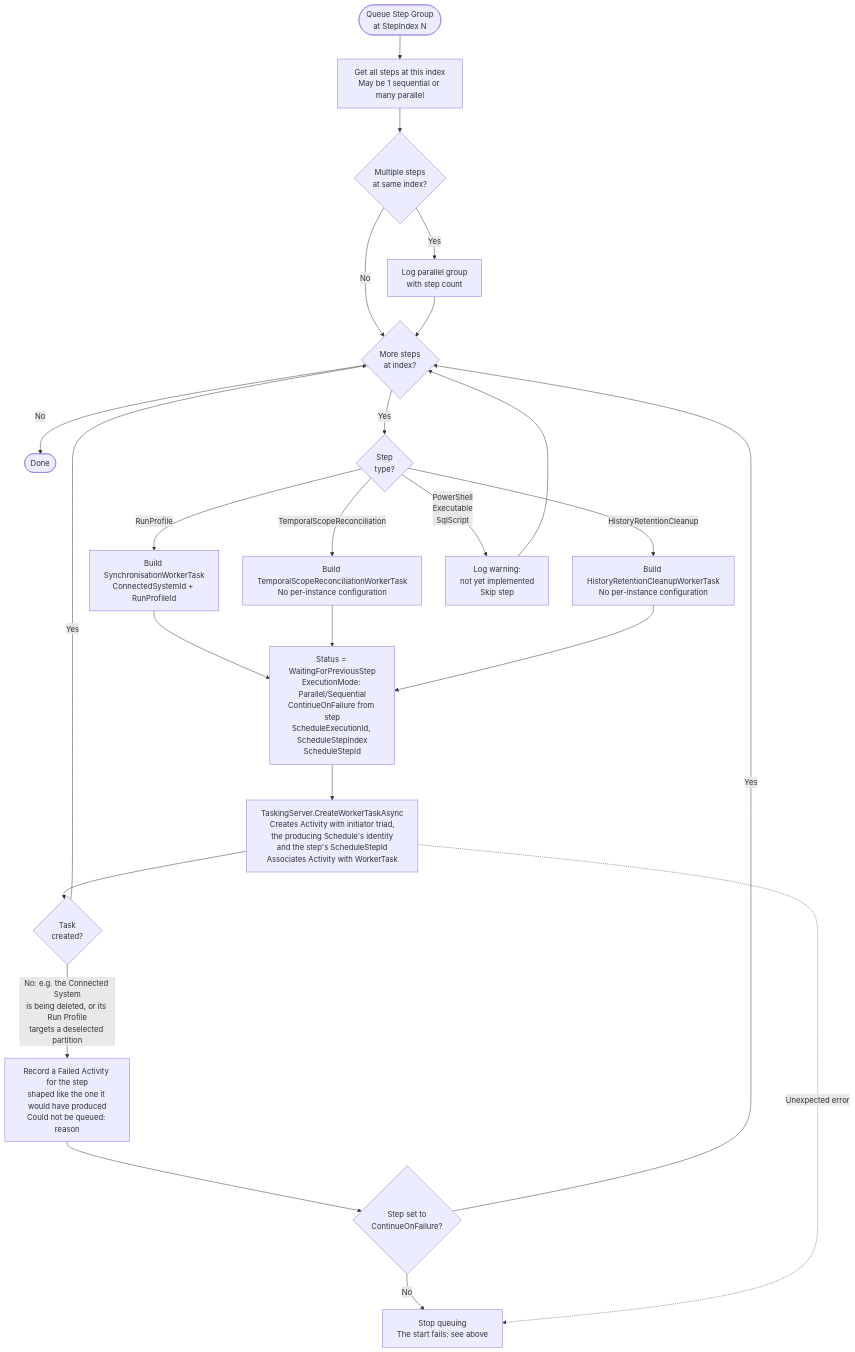
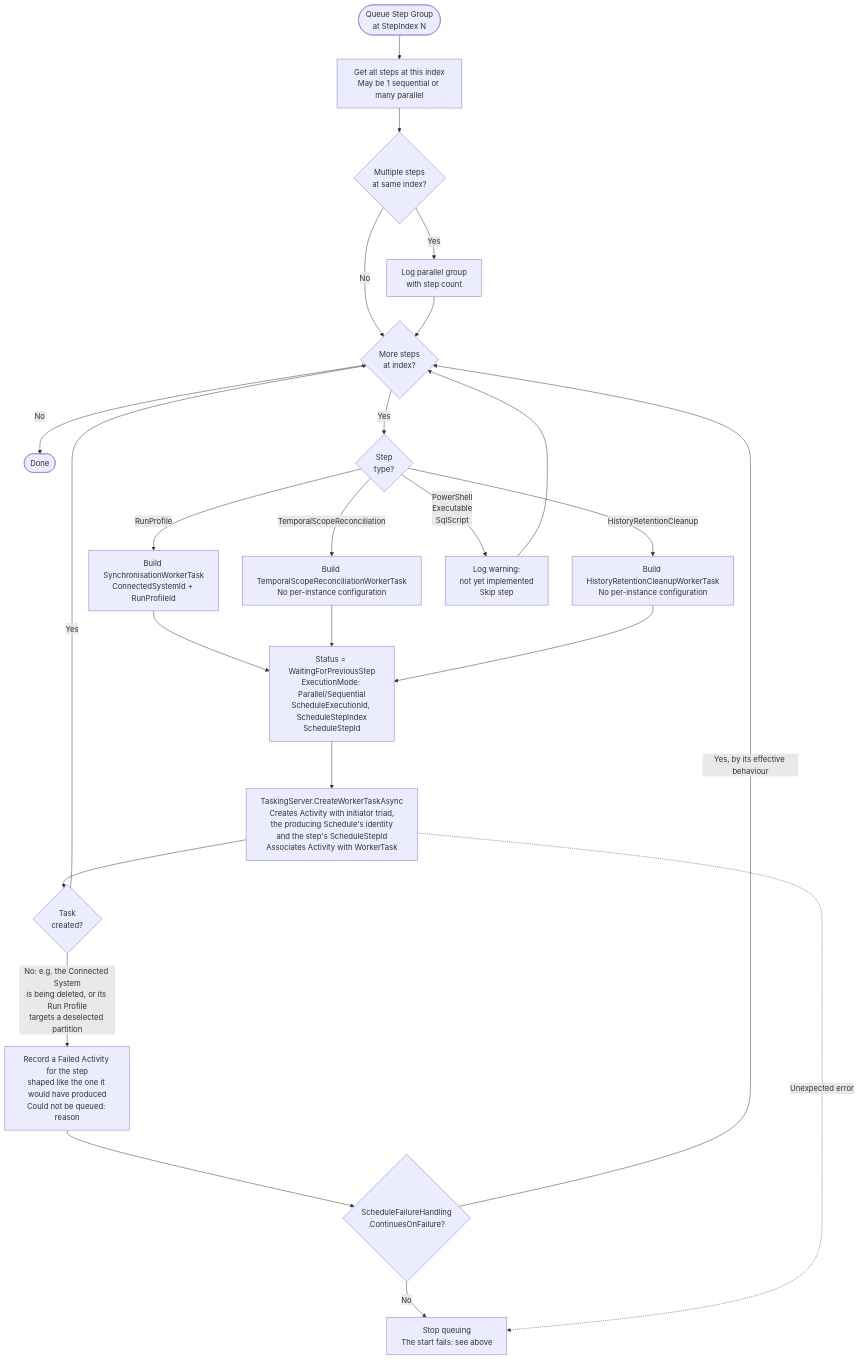
The fourth of 8 diagrams in docs/developer/diagrams/SCHEDULE_EXECUTION_LIFECYCLE.md (TetronIO/JIM), drawn with Mermaid before and after one commit. The commit also changed other lines of this file and 14 other files, not shown here.

First line of the commit message:
wip: #1787 stage 2B, portal and docs for Schedule failure handling

````diff
--- a/docs/developer/diagrams/SCHEDULE_EXECUTION_LIFECYCLE.md
+++ b/docs/developer/diagrams/SCHEDULE_EXECUTION_LIFECYCLE.md
@@ -94,30 +110,30 @@
 ```mermaid
 flowchart TD
     QueueGroup([Queue Step Group<br/>at StepIndex N]) --> GetSteps[Get all steps at this index<br/>May be 1 sequential or many parallel]
     GetSteps --> IsParallel{Multiple steps<br/>at same index?}
     IsParallel -->|Yes| LogParallel[Log parallel group<br/>with step count]
     IsParallel -->|No| ForEach
 
     LogParallel --> ForEach{More steps<br/>at index?}
 
     ForEach -->|No| Done([Done])
     ForEach -->|Yes| CheckType{Step<br/>type?}
 
     CheckType -->|RunProfile| CreateSyncTask[Build SynchronisationWorkerTask<br/>ConnectedSystemId + RunProfileId]
     CheckType -->|TemporalScopeReconciliation| CreateTemporalTask[Build TemporalScopeReconciliationWorkerTask<br/>No per-instance configuration]
     CheckType -->|HistoryRetentionCleanup| CreateRetentionTask[Build HistoryRetentionCleanupWorkerTask<br/>No per-instance configuration]
     CheckType -->|PowerShell<br/>Executable<br/>SqlScript| NotImpl[Log warning:<br/>not yet implemented<br/>Skip step]
 
-    CreateSyncTask --> Common[Status = WaitingForPreviousStep<br/>ExecutionMode: Parallel/Sequential<br/>ContinueOnFailure from step<br/>ScheduleExecutionId, ScheduleStepIndex<br/>ScheduleStepId]
+    CreateSyncTask --> Common[Status = WaitingForPreviousStep<br/>ExecutionMode: Parallel/Sequential<br/>ScheduleExecutionId, ScheduleStepIndex<br/>ScheduleStepId]
     CreateTemporalTask --> Common
     CreateRetentionTask --> Common
     Common --> CreateActivity[TaskingServer.CreateWorkerTaskAsync<br/>Creates Activity with initiator triad,<br/>the producing Schedule's identity<br/>and the step's ScheduleStepId<br/>Associates Activity with WorkerTask]
     CreateActivity --> Created{Task<br/>created?}
     Created -->|Yes| ForEach
     Created -->|No: e.g. the Connected System<br/>is being deleted, or its Run Profile<br/>targets a deselected partition| Refused[Record a Failed Activity for the step<br/>shaped like the one it would have produced<br/>Could not be queued: reason]
-    Refused --> Continue{Step set to<br/>ContinueOnFailure?}
-    Continue -->|Yes| ForEach
+    Refused --> Continue{ScheduleFailureHandling<br/>.ContinuesOnFailure?}
+    Continue -->|Yes, by its effective behaviour| ForEach
     Continue -->|No| StopStart[Stop queuing<br/>The start fails: see above]
     CreateActivity -.->|Unexpected error| StopStart
     NotImpl --> ForEach
 ```
````
